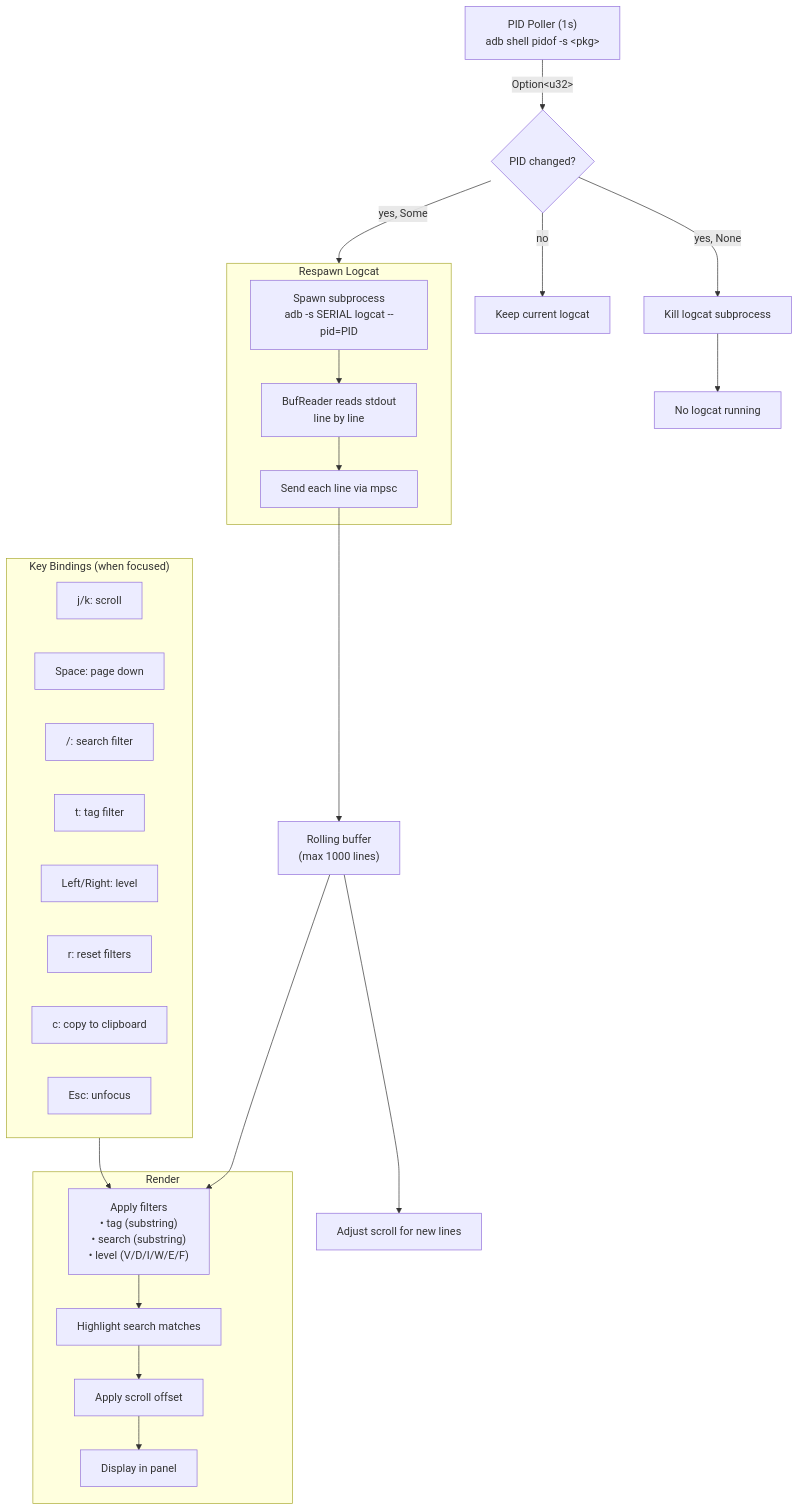
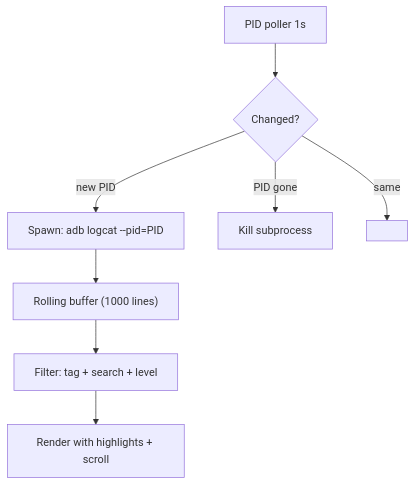
Before and after one commit to measure-sh/holo: the diagram in docs/architecture/logcat.mmd, drawn with Mermaid. The commit also changed 8 other files, not shown here.

Commit message:
Tighten architecture diagrams for readability

```diff
--- a/docs/architecture/logcat.mmd
+++ b/docs/architecture/logcat.mmd
@@ -1,39 +1,9 @@
 graph TD
-    PID_POLL["PID Poller (1s)\nadb shell pidof -s &lt;pkg&gt;"] -->|"Option&lt;u32&gt;"| CHECK{PID changed?}
-    CHECK -->|no| SKIP[Keep current logcat]
-    CHECK -->|yes, None| KILL_LOG[Kill logcat subprocess]
-    CHECK -->|yes, Some| RESPAWN
+    PID["PID poller 1s"] --> CHK{Changed?}
+    CHK -->|new PID| SPAWN["Spawn: adb logcat --pid=PID"]
+    CHK -->|PID gone| KILL["Kill subprocess"]
+    CHK -->|same| NOP[ ]
 
-    KILL_LOG --> IDLE[No logcat running]
-
-    subgraph RESPAWN["Respawn Logcat"]
-        SPAWN["Spawn subprocess\nadb -s SERIAL logcat --pid=PID"] --> READ["BufReader reads stdout\nline by line"]
-        READ --> SEND["Send each line via mpsc"]
-    end
-
-    SEND --> BUFFER["Rolling buffer\n(max 1000 lines)"]
-    BUFFER --> ADJUST["Adjust scroll for new lines"]
-
-    subgraph RENDER["Render"]
-        FILTER["Apply filters\n• tag (substring)\n• search (substring)\n• level (V/D/I/W/E/F)"]
-        HIGHLIGHT["Highlight search matches"]
-        SCROLL["Apply scroll offset"]
-        DISPLAY["Display in panel"]
-        FILTER --> HIGHLIGHT --> SCROLL --> DISPLAY
-    end
-
-    BUFFER --> FILTER
-
-    subgraph KEYS["Key Bindings (when focused)"]
-        direction LR
-        K1["j/k: scroll"]
-        K2["Space: page down"]
-        K3["/: search filter"]
-        K4["t: tag filter"]
-        K5["Left/Right: level"]
-        K6["r: reset filters"]
-        K7["c: copy to clipboard"]
-        K8["Esc: unfocus"]
-    end
-
-    KEYS --> FILTER
+    SPAWN --> BUF["Rolling buffer (1000 lines)"]
+    BUF --> FILTER["Filter: tag + search + level"]
+    FILTER --> RENDER["Render with highlights + scroll"]
```
